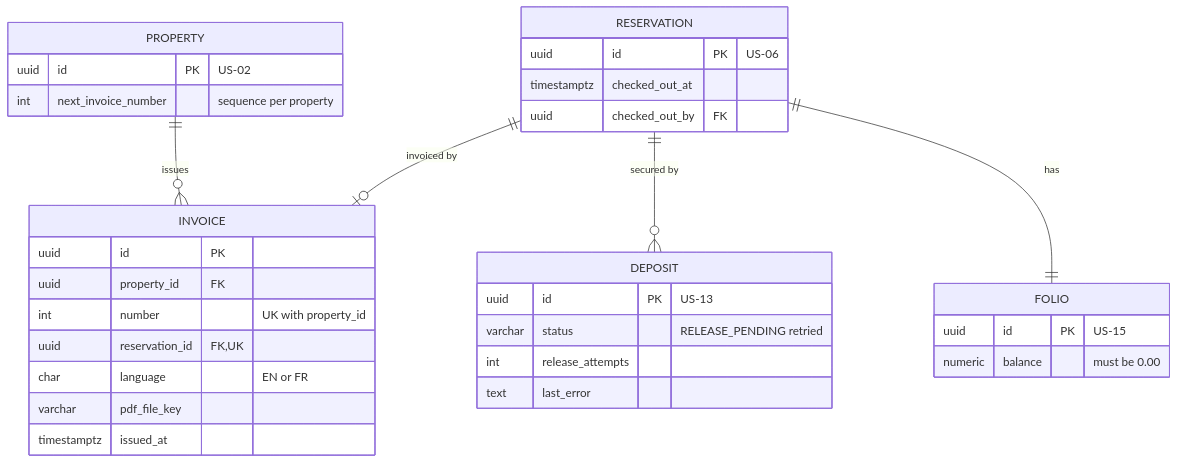
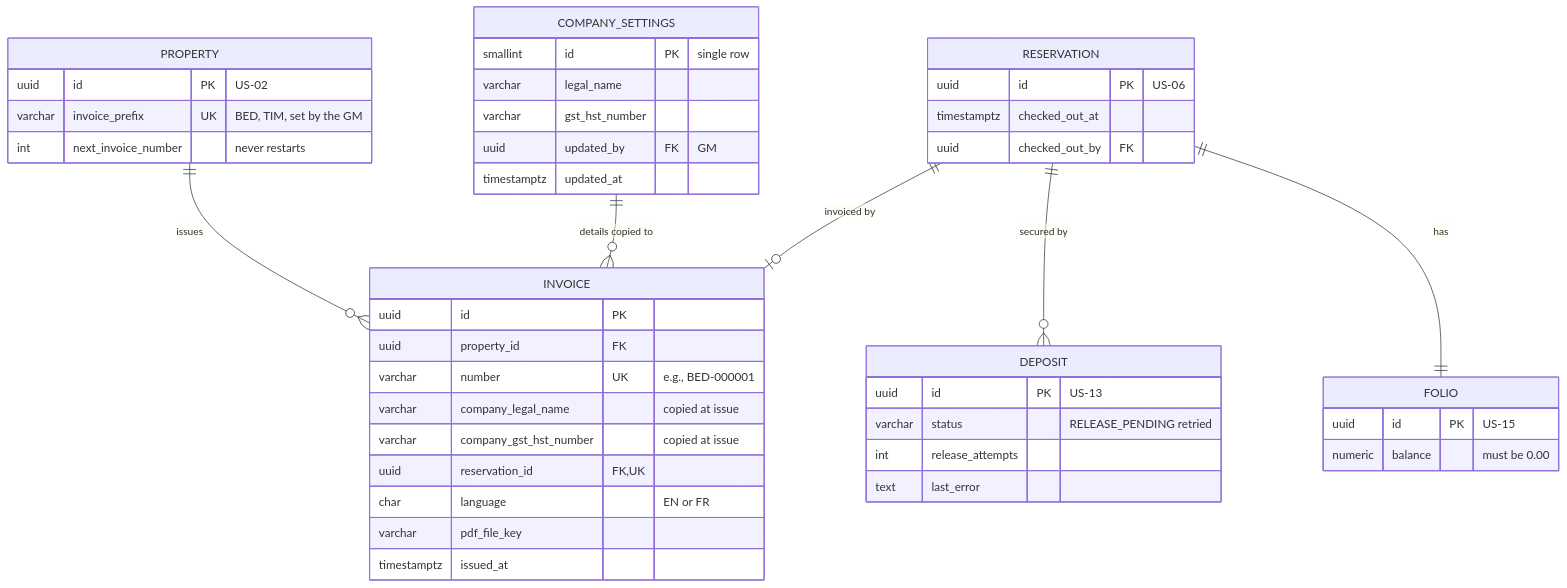
The second of 3 diagrams in docs/Initial Requirements/Diagrams/US-17 - Check-out with Zero Balance.md (BraceroInSabot/Motel-Starmie), drawn with Mermaid before and after one commit. The commit also changed other lines of this file and 15 other files, not shown here.

````diff
--- a/docs/Initial Requirements/Diagrams/US-17 - Check-out with Zero Balance.md
+++ b/docs/Initial Requirements/Diagrams/US-17 - Check-out with Zero Balance.md
@@ -142,36 +159,47 @@
 ```mermaid
 erDiagram
     PROPERTY ||--o{ INVOICE : "issues"
+    COMPANY_SETTINGS ||--o{ INVOICE : "details copied to"
     RESERVATION ||--o| INVOICE : "invoiced by"
     RESERVATION ||--o{ DEPOSIT : "secured by"
     RESERVATION ||--|| FOLIO : "has"
 
     PROPERTY {
         uuid id PK "US-02"
-        int next_invoice_number "sequence per property"
+        varchar invoice_prefix UK "BED, TIM, set by the GM"
+        int next_invoice_number "never restarts"
+    }
+    COMPANY_SETTINGS {
+        smallint id PK "single row"
+        varchar legal_name
+        varchar gst_hst_number
+        uuid updated_by FK "GM"
+        timestamptz updated_at
     }
     INVOICE {
         uuid id PK
         uuid property_id FK
-        int number "UK with property_id"
+        varchar number UK "e.g., BED-000001"
+        varchar company_legal_name "copied at issue"
+        varchar company_gst_hst_number "copied at issue"
         uuid reservation_id FK, UK
         char language "EN or FR"
         varchar pdf_file_key
         timestamptz issued_at
     }
     DEPOSIT {
         uuid id PK "US-13"
         varchar status "RELEASE_PENDING retried"
         int release_attempts
         text last_error
     }
     RESERVATION {
         uuid id PK "US-06"
         timestamptz checked_out_at
         uuid checked_out_by FK
     }
     FOLIO {
         uuid id PK "US-15"
         numeric balance "must be 0.00"
     }
 ```
````
